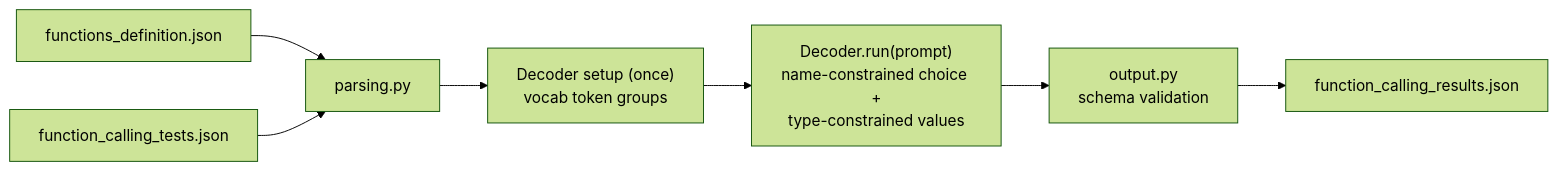
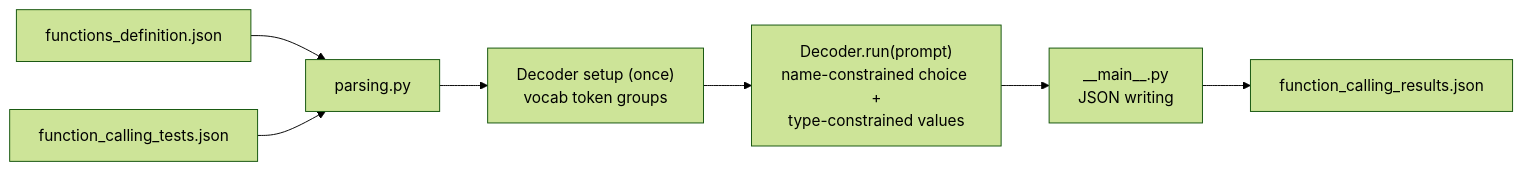
Before and after one commit to laghzal49/Call-me-maybe: the first of 2 diagrams in README.md, drawn with Mermaid (forest theme). The commit also changed other lines of this file and 37 other files, not shown here.

````diff
--- a/README.md
+++ b/README.md
@@ -26,9 +26,9 @@
 ```mermaid
 flowchart LR
     FD[functions_definition.json] --> P[parsing.py]
     TI[function_calling_tests.json] --> P
     P --> D["Decoder setup (once)<br/>vocab token groups"]
     D --> R["Decoder.run(prompt)<br/>name-constrained choice +<br/>type-constrained values"]
-    R --> V["output.py<br/>schema validation"]
+    R --> V["__main__.py<br/>JSON writing"]
     V --> O[function_calling_results.json]
 ```
````
